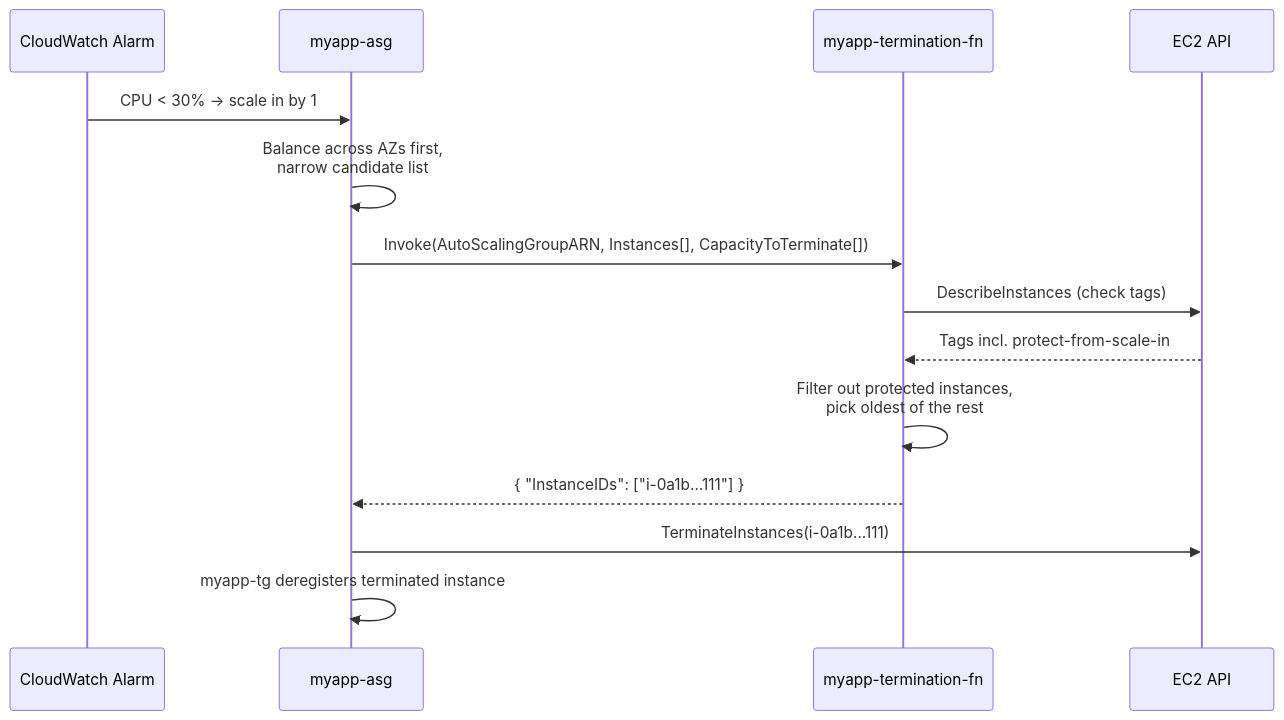
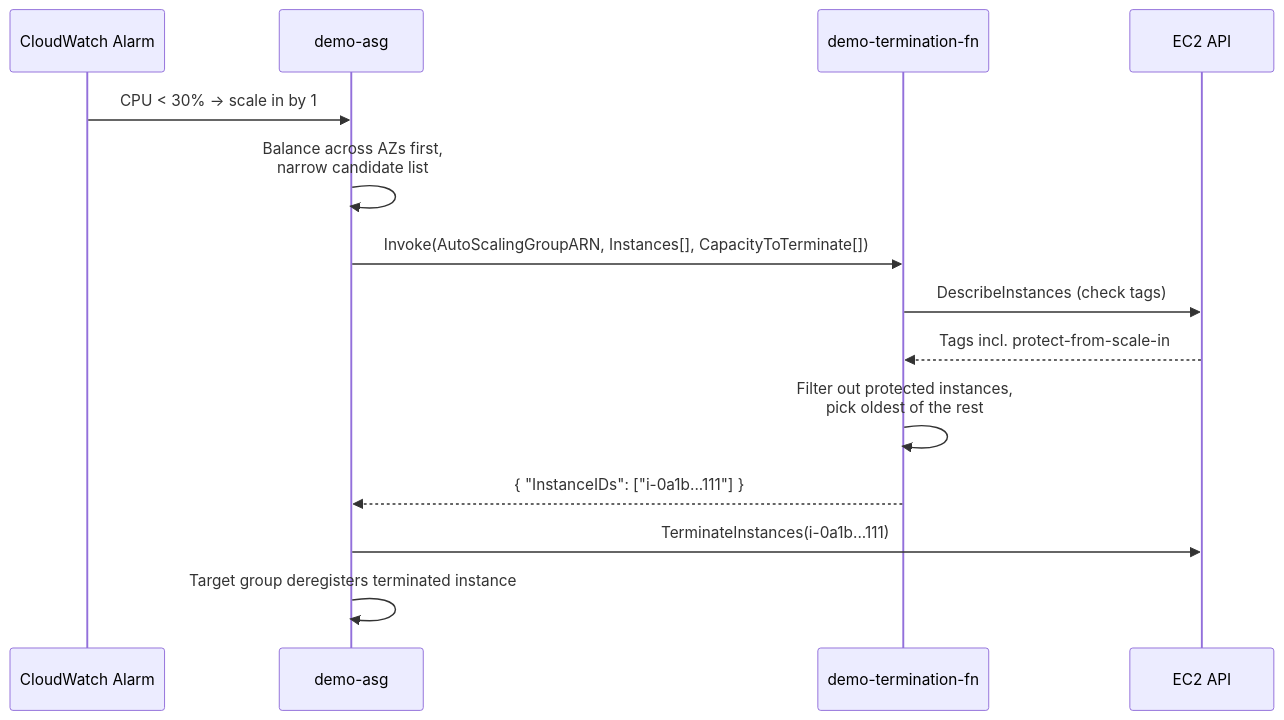
The diagram in EC2/ASG/10-Custom-Termination-Policies-HandsOn.md (msdeepak052/AWS_Imp_Concepts), drawn with Mermaid before and after one commit. The commit also changed other lines of this file and 66 other files, not shown here.

````diff
--- a/EC2/ASG/10-Custom-Termination-Policies-HandsOn.md
+++ b/EC2/ASG/10-Custom-Termination-Policies-HandsOn.md
@@ -162,17 +162,17 @@
 ```mermaid
 sequenceDiagram
     participant CW as CloudWatch Alarm
-    participant ASG as myapp-asg
-    participant Lambda as myapp-termination-fn
+    participant ASG as demo-asg
+    participant Lambda as demo-termination-fn
     participant EC2 as EC2 API
 
     CW->>ASG: CPU < 30% → scale in by 1
     ASG->>ASG: Balance across AZs first,<br/>narrow candidate list
     ASG->>Lambda: Invoke(AutoScalingGroupARN, Instances[], CapacityToTerminate[])
     Lambda->>EC2: DescribeInstances (check tags)
     EC2-->>Lambda: Tags incl. protect-from-scale-in
     Lambda->>Lambda: Filter out protected instances,<br/>pick oldest of the rest
     Lambda-->>ASG: { "InstanceIDs": ["i-0a1b...111"] }
     ASG->>EC2: TerminateInstances(i-0a1b...111)
-    ASG->>ASG: myapp-tg deregisters terminated instance
+    ASG->>ASG: Target group deregisters terminated instance
 ```
````
